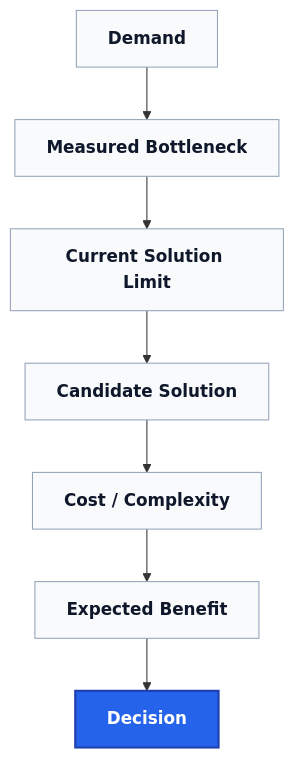
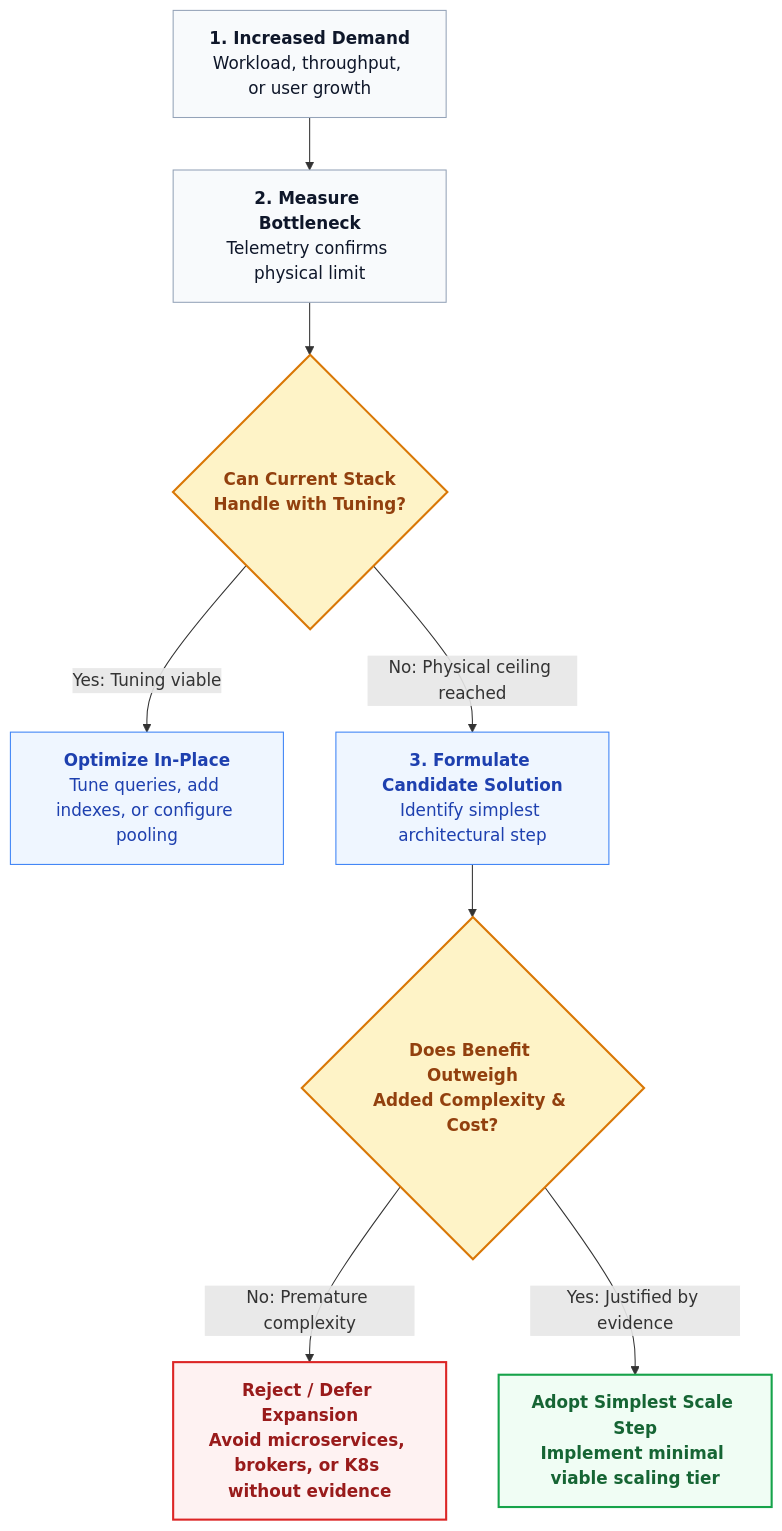
The fourth of 4 diagrams in docs/architecture/11-Performance-Reliability.md (davidalbertstark-lab/Lenar), drawn with Mermaid before and after one commit. The commit also changed other lines of this file and 28 other files, not shown here.

Commit message:
docs: system-wide diagram redesign for first-instance comprehension

````diff
--- a/docs/architecture/11-Performance-Reliability.md
+++ b/docs/architecture/11-Performance-Reliability.md
@@ -190,23 +193,22 @@
 ```mermaid
 flowchart TD
-    classDef state fill:#f8fafc,stroke:#94a3b8,stroke-width:1px,color:#0f172a,font-weight:bold
-    classDef decision fill:#2563eb,color:#fff,stroke:#1e40af,stroke-width:2px,font-weight:bold
+    classDef input fill:#f8fafc,stroke:#94a3b8,stroke-width:1px,color:#0f172a
+    classDef decision fill:#fef3c7,stroke:#d97706,stroke-width:2px,color:#92400e,font-weight:bold
+    classDef action fill:#eff6ff,stroke:#3b82f6,stroke-width:1px,color:#1e40af
+    classDef outcome fill:#f0fdf4,stroke:#16a34a,stroke-width:2px,color:#166534,font-weight:bold
+    classDef reject fill:#fef2f2,stroke:#dc2626,stroke-width:2px,color:#991b1b,font-weight:bold
 
-    D[Demand]
-    MB[Measured Bottleneck]
-    CSL[Current Solution Limit]
-    CS[Candidate Solution]
-    CC[Cost / Complexity]
-    EB[Expected Benefit]
-    Dec[Decision]
+    Demand["<b>1. Increased Demand</b><br/>Workload, throughput, or user growth"]:::input --> Measure["<b>2. Measure Bottleneck</b><br/>Telemetry confirms physical limit"]:::input
     
-    D --> MB
-    MB --> CSL
-    CSL --> CS
-    CS --> CC
-    CC --> EB
-    EB --> Dec
+    Measure --> LimitCheck{"Can Current Stack<br/>Handle with Tuning?"}:::decision
     
-    class D,MB,CSL,CS,CC,EB state;
-    class Dec decision;
+    LimitCheck -->|Yes: Tuning viable| Tune["<b>Optimize In-Place</b><br/>Tune queries, add indexes, or configure pooling"]:::action
+    
+    LimitCheck -->|No: Physical ceiling reached| Candidate["<b>3. Formulate Candidate Solution</b><br/>Identify simplest architectural step"]:::action
+    
+    Candidate --> Tradeoff{"Does Benefit Outweigh<br/>Added Complexity & Cost?"}:::decision
+    
+    Tradeoff -->|No: Premature complexity| Reject["<b>Reject / Defer Expansion</b><br/>Avoid microservices, brokers, or K8s without evidence"]:::reject
+    
+    Tradeoff -->|Yes: Justified by evidence| Adopt["<b>Adopt Simplest Scale Step</b><br/>Implement minimal viable scaling tier"]:::outcome
 ```
````
